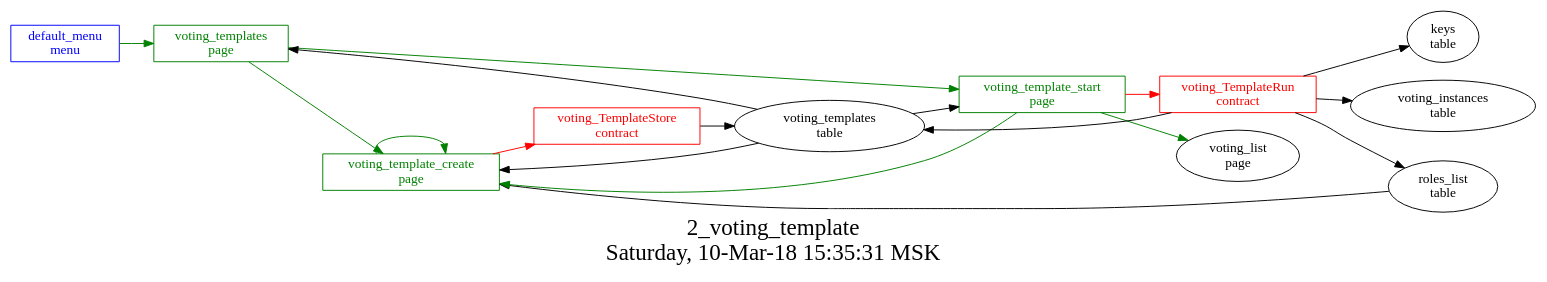
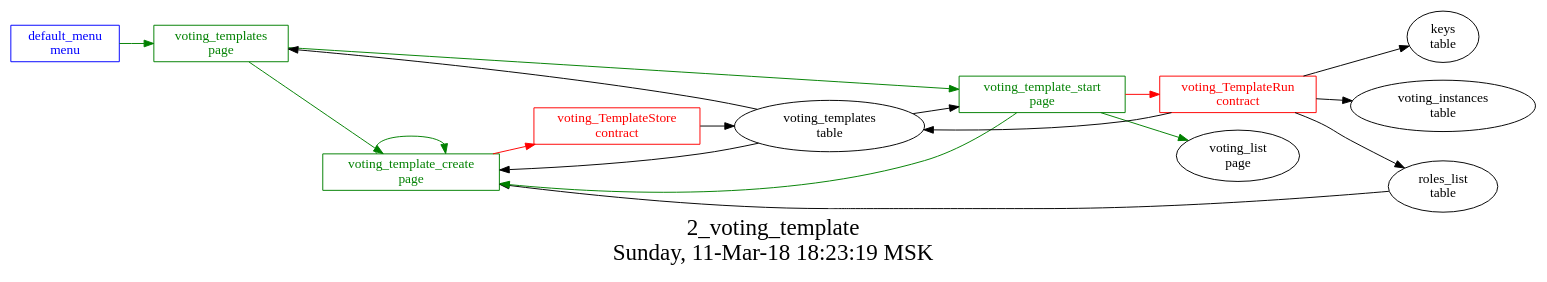
One commit to AplaProject/apps changed the diagram in src/basic/basic_main/2_voting_templates/struct.dot. Above: the diagram before and after it, drawn with Graphviz. The commit also changed 3 other files, not shown here.

```diff
--- a/src/basic/basic_main/2_voting_templates/struct.dot
+++ b/src/basic/basic_main/2_voting_templates/struct.dot
@@ -1,34 +1,34 @@
 digraph G {
 graph [
   fontsize="24";
-  label="2_voting_template\nSaturday, 10-Mar-18 15:35:31 MSK";
+  label="2_voting_template\nSunday, 11-Mar-18 18:23:19 MSK";
   nojustify=true;
   ordering=out;
   rankdir=LR;
   size="30";
 ];
 "default_menu\nmenu" -> "voting_templates\npage"  [ color=green ]
 "default_menu\nmenu" [color=blue, fontcolor=blue, group=menus, shape=record];
 "voting_template_create\npage" -> "voting_TemplateStore\ncontract"  [ color=red ]
 "voting_templates\ntable" -> "voting_template_create\npage"  [ color="" ]
 "roles_list\ntable" -> "voting_template_create\npage"  [ color="" ]
 "voting_template_create\npage" -> "voting_template_create\npage"  [ color=green ]
 "voting_template_create\npage" [color=green, fontcolor=green, group=pages, shape=record];
 "voting_template_start\npage" -> "voting_TemplateRun\ncontract"  [ color=red ]
 "voting_templates\ntable" -> "voting_template_start\npage"  [ color="" ]
 "voting_template_start\npage" -> "voting_template_create\npage"  [ color=green ]
 "voting_template_start\npage" -> "voting_list\npage"  [ color=green ]
 "voting_template_start\npage" [color=green, fontcolor=green, group=pages, shape=record];
 "voting_templates\ntable" -> "voting_templates\npage"  [ color="" ]
 "voting_templates\npage" -> "voting_template_start\npage"  [ color=green ]
 "voting_templates\npage" -> "voting_template_create\npage"  [ color=green ]
 "voting_templates\npage" [color=green, fontcolor=green, group=pages, shape=record];
 "voting_TemplateRun\ncontract" -> "voting_templates\ntable"  [ color="" ]
 "voting_TemplateRun\ncontract" -> "keys\ntable"  [ color="" ]
 "voting_TemplateRun\ncontract" -> "voting_instances\ntable"  [ color="" ]
 "voting_TemplateRun\ncontract" -> "roles_list\ntable"  [ color="" ]
 "voting_TemplateRun\ncontract" [color=red, fontcolor=red, group=contracts, shape=record];
 "voting_TemplateStore\ncontract" -> "voting_templates\ntable"  [ color="" ]
 "voting_TemplateStore\ncontract" [color=red, fontcolor=red, group=contracts, shape=record];
 "voting_templates\ntable" [color="", fontcolor="", group=tables, shape=""];
 }
```
